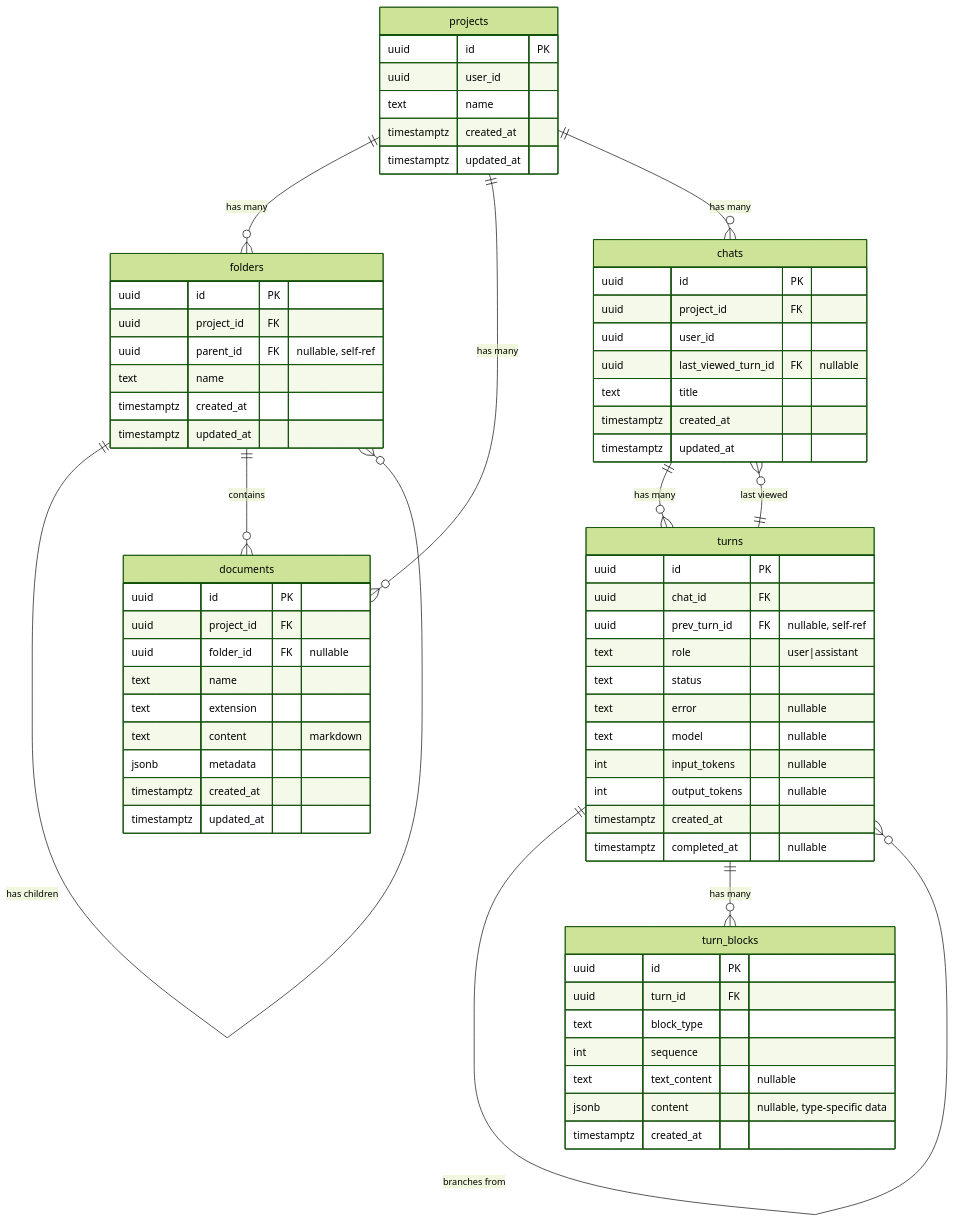
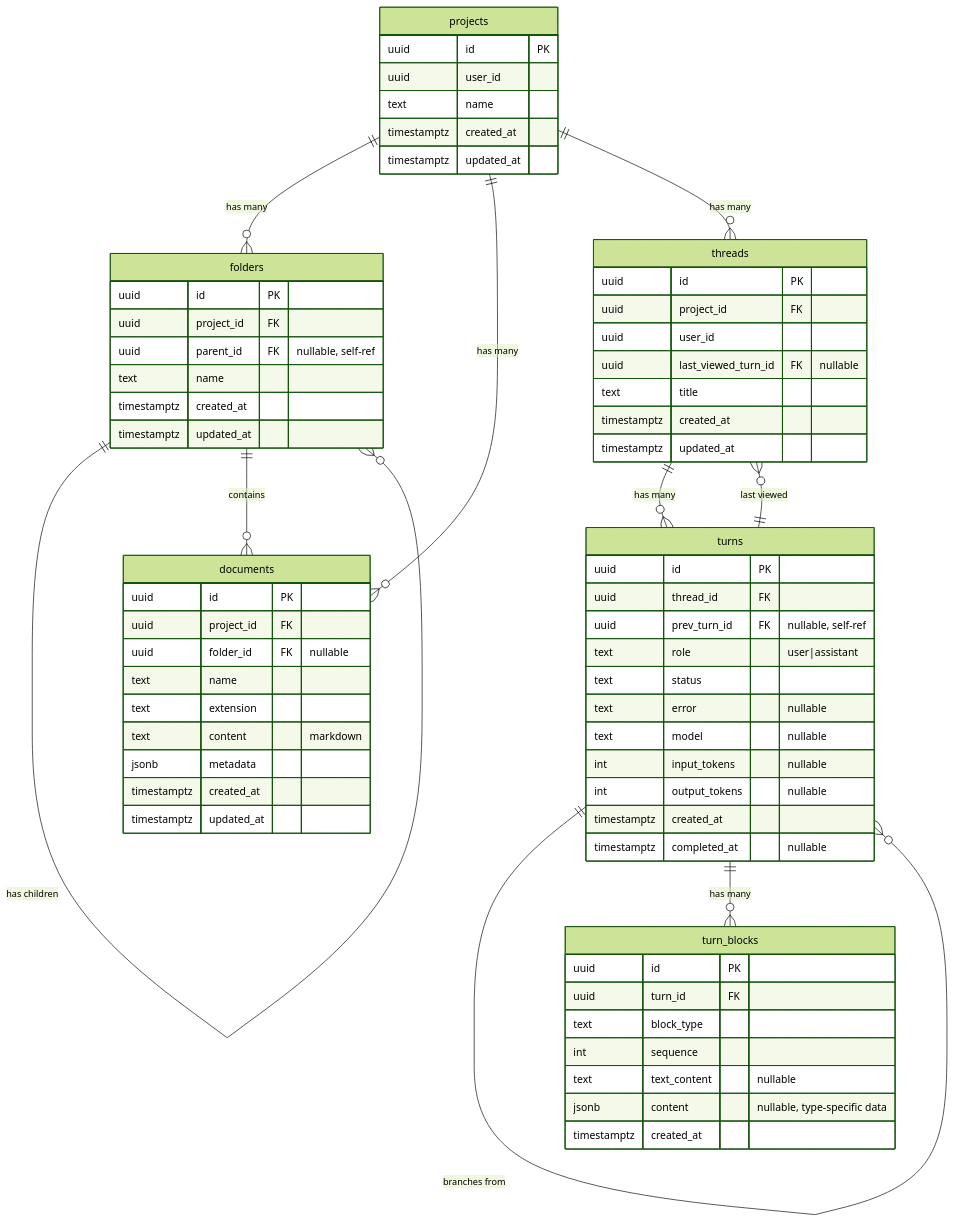
One commit to haowjy/meridian-flow changed the first of 2 diagrams in _docs/technical/backend/database/schema.md. Above: the diagram before and after it, drawn with Mermaid (forest theme). The commit also changed other lines of this file and 271 other files, not shown here.

Commit message:
rename chat -> threads

````diff
--- a/_docs/technical/backend/database/schema.md
+++ b/_docs/technical/backend/database/schema.md
@@ -14,75 +14,75 @@
 ```mermaid
 erDiagram
     projects ||--o{ folders : "has many"
     projects ||--o{ documents : "has many"
-    projects ||--o{ chats : "has many"
+    projects ||--o{ threads : "has many"
     folders ||--o{ folders : "has children"
     folders ||--o{ documents : "contains"
-    chats ||--o{ turns : "has many"
-    chats }o--|| turns : "last viewed"
+    threads ||--o{ turns : "has many"
+    threads }o--|| turns : "last viewed"
     turns ||--o{ turns : "branches from"
     turns ||--o{ turn_blocks : "has many"
 
     projects {
         uuid id PK
         uuid user_id
         text name
         timestamptz created_at
         timestamptz updated_at
     }
 
     folders {
         uuid id PK
         uuid project_id FK
         uuid parent_id FK "nullable, self-ref"
         text name
         timestamptz created_at
         timestamptz updated_at
     }
 
     documents {
         uuid id PK
         uuid project_id FK
         uuid folder_id FK "nullable"
         text name
         text extension
         text content "markdown"
         jsonb metadata
         timestamptz created_at
         timestamptz updated_at
     }
 
-    chats {
+    threads {
         uuid id PK
         uuid project_id FK
         uuid user_id
         uuid last_viewed_turn_id FK "nullable"
         text title
         timestamptz created_at
         timestamptz updated_at
     }
 
     turns {
         uuid id PK
-        uuid chat_id FK
+        uuid thread_id FK
         uuid prev_turn_id FK "nullable, self-ref"
         text role "user|assistant"
         text status
         text error "nullable"
         text model "nullable"
         int input_tokens "nullable"
         int output_tokens "nullable"
         timestamptz created_at
         timestamptz completed_at "nullable"
     }
 
     turn_blocks {
         uuid id PK
         uuid turn_id FK
         text block_type
         int sequence
         text text_content "nullable"
         jsonb content "nullable, type-specific data"
         timestamptz created_at
     }
 ```
````
